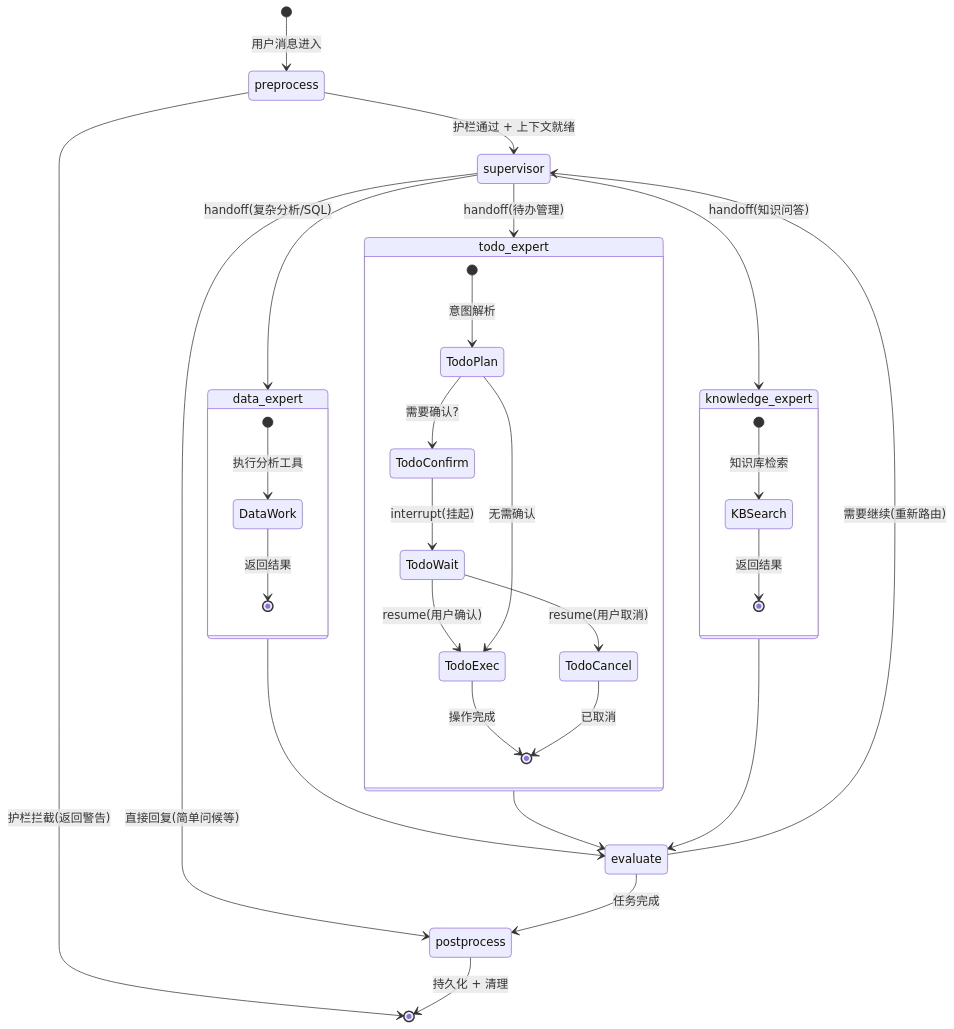
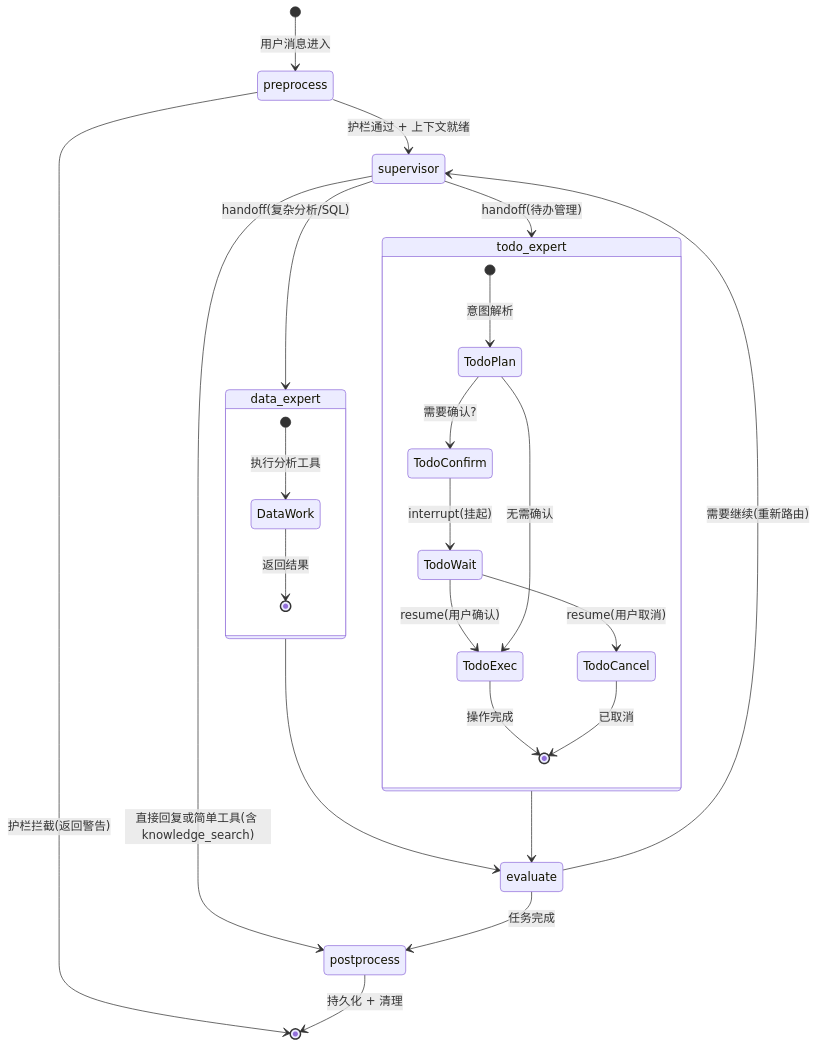
Before and after one commit to jijingkun-commits/fastapi: the second of 8 diagrams in docs/开发文档/代码解读/多智能体系统详解.md, drawn with Mermaid. The commit also changed other lines of this file and 2 other files, not shown here.

````diff
--- a/docs/开发文档/代码解读/多智能体系统详解.md
+++ b/docs/开发文档/代码解读/多智能体系统详解.md
@@ -110,42 +113,35 @@
 ```mermaid
 stateDiagram-v2
     [*] --> preprocess: 用户消息进入
 
     preprocess --> supervisor: 护栏通过 + 上下文就绪
     preprocess --> [*]: 护栏拦截(返回警告)
 
-    supervisor --> postprocess: 直接回复(简单问候等)
+    supervisor --> postprocess: 直接回复或简单工具(含 knowledge_search)
     supervisor --> data_expert: handoff(复杂分析/SQL)
     supervisor --> todo_expert: handoff(待办管理)
-    supervisor --> knowledge_expert: handoff(知识问答)
 
     state data_expert {
         [*] --> DataWork: 执行分析工具
         DataWork --> [*]: 返回结果
     }
 
     state todo_expert {
         [*] --> TodoPlan: 意图解析
         TodoPlan --> TodoConfirm: 需要确认?
         TodoConfirm --> TodoWait: interrupt(挂起)
         TodoWait --> TodoExec: resume(用户确认)
         TodoWait --> TodoCancel: resume(用户取消)
         TodoPlan --> TodoExec: 无需确认
         TodoExec --> [*]: 操作完成
         TodoCancel --> [*]: 已取消
     }
 
-    state knowledge_expert {
-        [*] --> KBSearch: 知识库检索
-        KBSearch --> [*]: 返回结果
-    }
-
     data_expert --> evaluate
     todo_expert --> evaluate
-    knowledge_expert --> evaluate
 
     evaluate --> supervisor: 需要继续(重新路由)
     evaluate --> postprocess: 任务完成
 
     postprocess --> [*]: 持久化 + 清理
 ```
````
